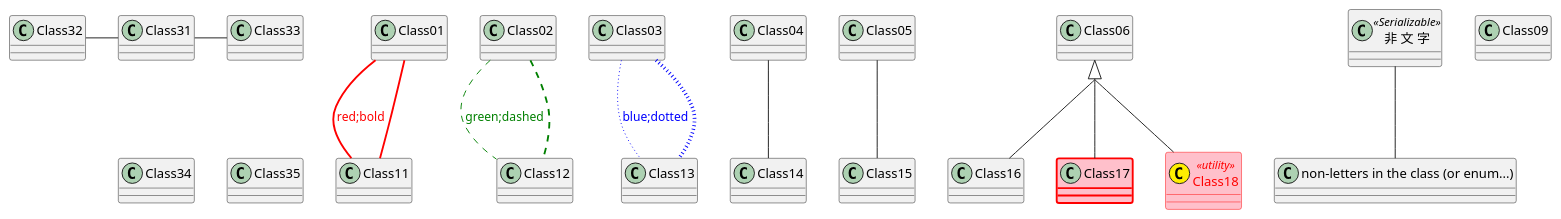
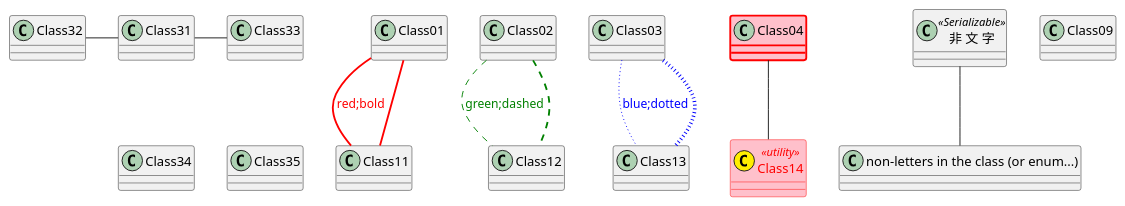
One commit to yzkn/PlantUML-CheatSheet changed the tenth of 11 diagrams in src/14-000-クラス図.md. Above: the diagram before and after it, drawn with PlantUML. The commit also changed other lines of this file, not shown here.

````diff
--- a/src/14-000-クラス図.md
+++ b/src/14-000-クラス図.md
@@ -118,73 +252,60 @@
 ```plantuml
 
 @startuml
 
 ' 空の属性・操作を省略
 ' hide empty members
 
 ' その他の省略
 ' hide empty fields, hide empty attributes
 ' hide empty methods
 ' hide fields, hide attributes
 ' hide circle
 ' hide stereotype
 ' hide members
 ' hide Class51
 ' hide <<Serializable>> members
 
 ' 孤立したクラスの省略
 ' hide @unlinked
 
 ' 削除
 ' remove Class51
 
 ' 孤立したクラスの削除
 ' remove @unlinked
 
 
 ' bold、dashed、dotted、hidden、plain
 Class01 -- Class11 #line:red;line.bold;text:red : red;bold
 Class02 -- Class12 #line:green;line.dashed;text:green : green;dashed
 Class03 -- Class13 #line:blue;line.dotted;text:blue : blue;dotted
 Class01 -[#red,bold]- Class11
 Class02 -[#green,dashed,thickness=2]- Class12
 Class03 -[#blue,dotted,thickness=4]- Class13
 
-class Class17 #pink ##[bold]red
+class Class04 #pink ##[bold]red
+class Class14 << (C,#FFEE00) utility >> #pink;line:red;text:red
 Class04 -- Class14
-class Class18 << (C,#FFEE00) utility >> #pink;line:red;text:red
-Class05 -- Class15
 
 ' 水平方向 left, right, up, down
 Class31 -left- Class32
 Class31 -      Class33
 
 ' bold、dashed、dotted、hidden、plain
 Class34 -[hidden]>  Class35 /' 水平方向に揃える '/
 Class31 -[hidden]-> Class34 /' 垂直方向に揃える '/
 Class01 -[hidden]> Class02
 Class02 -[hidden]> Class03
-Class13 -[hidden]> Class14
-Class14 -[hidden]> Class15
-Class15 -[hidden]> Class16
-
-
-' skinparam groupInheritance 1 /' 継承の矢印の矢じりをグループ化しない '/
-skinparam groupInheritance 2 /' 継承の矢印の矢じりが2つ以上の場合にグループ化 '/
-Class06 <|-- Class16
-Class06 <|-- Class17
-Class06 <|-- Class18
-Class16 -[hidden]> Class17
-Class17 -[hidden]> Class18
 
 class "非 文 字" as Class07 <<Serializable>>
 class Class08 as "non-letters in the class (or enum...)"
 Class07 -- Class08
 
 ' 孤立したクラスの省略
 ' hide @unlinked
 class Class09
 
 @enduml
 
 ```
````
